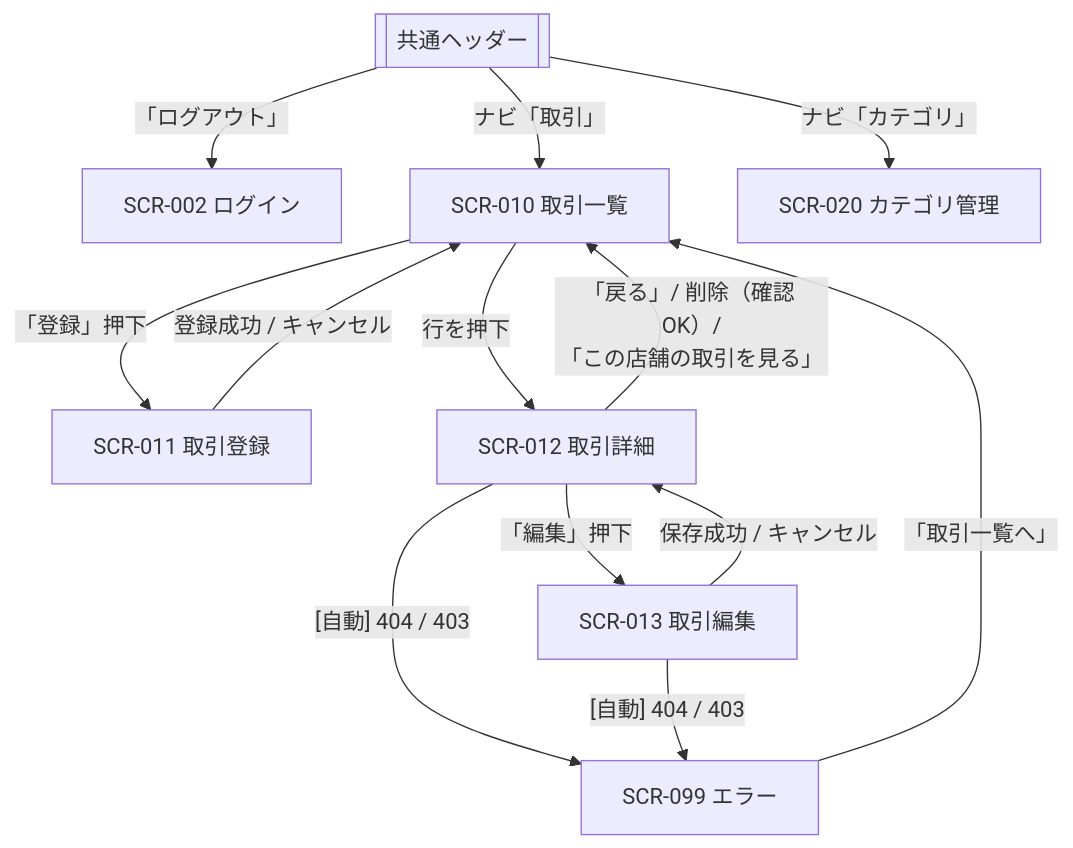
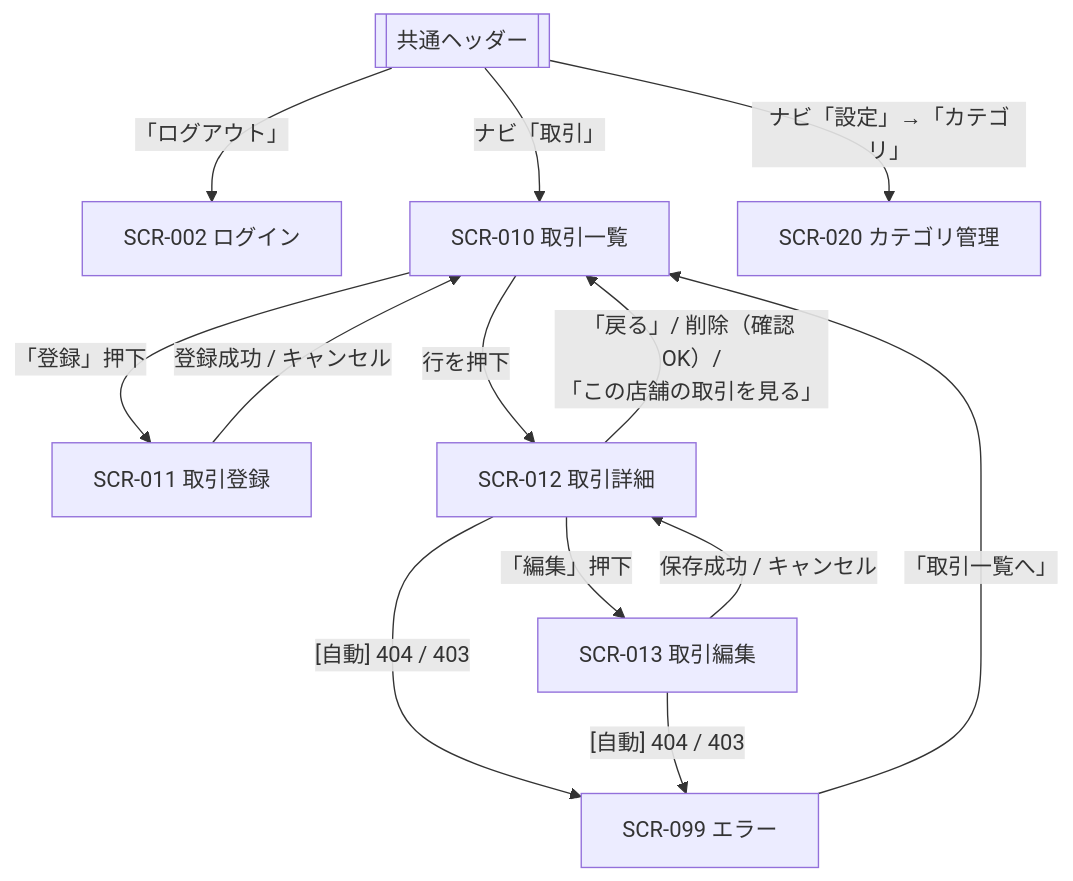
The second of 4 diagrams in docs/step4-transition.md (e1lite/devcamp-kakeibo), drawn with Mermaid before and after one commit. The commit also changed 1 other file, not shown here.

Commit message:
コアのナビを「設定」メニュー経由に揃えた
画面遷移図の 3.1 ではコアから「設定 → カテゴリ」としていたが、
2 章の遷移図と画面一覧の共通レイアウトはヘッダーに「カテゴリ」を
直接置く書き方になっていて食い違っていた。
拡張で項目が増えてもナビの位置が変わらないこと、SCR-020 のパスが
/settings/categories であることから、「設定」メニュー経由に統一した。

````diff
--- a/docs/step4-transition.md
+++ b/docs/step4-transition.md
@@ -55,25 +55,25 @@
 ```mermaid
 flowchart TD
     NAV[["共通ヘッダー"]]
     S002["SCR-002 ログイン"]
     S010["SCR-010 取引一覧"]
     S011["SCR-011 取引登録"]
     S012["SCR-012 取引詳細"]
     S013["SCR-013 取引編集"]
     S020["SCR-020 カテゴリ管理"]
     S099["SCR-099 エラー"]
 
     NAV -- "ナビ「取引」" --> S010
-    NAV -- "ナビ「カテゴリ」" --> S020
+    NAV -- "ナビ「設定」→「カテゴリ」" --> S020
     NAV -- "「ログアウト」" --> S002
 
     S010 -- "「登録」押下" --> S011
     S011 -- "登録成功 / キャンセル" --> S010
     S010 -- "行を押下" --> S012
     S012 -- "「戻る」/ 削除（確認 OK）/<br>「この店舗の取引を見る」" --> S010
     S012 -- "「編集」押下" --> S013
     S013 -- "保存成功 / キャンセル" --> S012
     S012 -- "[自動] 404 / 403" --> S099
     S013 -- "[自動] 404 / 403" --> S099
     S099 -- "「取引一覧へ」" --> S010
 ```
````
